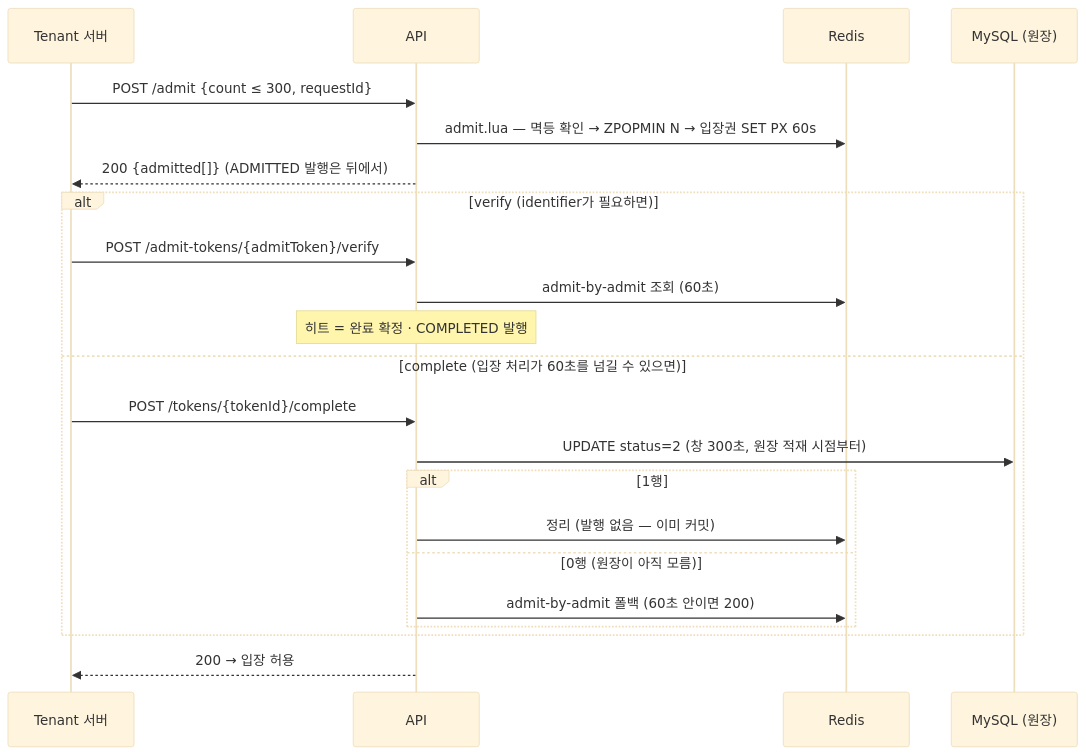
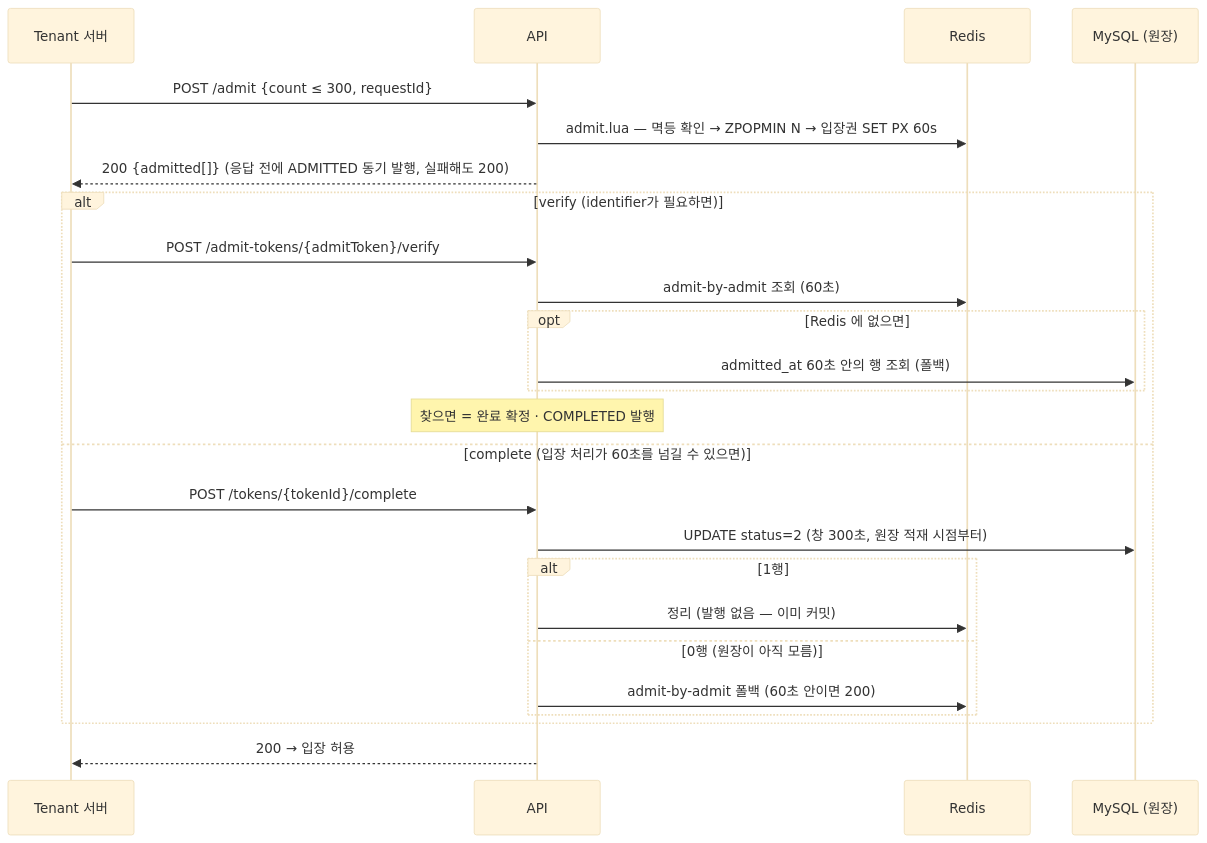
Before and after one commit to S-Onix/queue-platform: the fourth of 6 diagrams in doc/FLOW.md, drawn with Mermaid (base theme). The commit also changed other lines of this file and 19 other files, not shown here.

````diff
--- a/doc/FLOW.md
+++ b/doc/FLOW.md
@@ -102,26 +102,29 @@
 ```mermaid
 sequenceDiagram
     participant T as Tenant 서버
     participant A as API
     participant R as Redis
     participant M as MySQL (원장)
 
     T->>A: POST /admit {count ≤ 300, requestId}
     A->>R: admit.lua — 멱등 확인 → ZPOPMIN N → 입장권 SET PX 60s
-    A-->>T: 200 {admitted[]} (ADMITTED 발행은 뒤에서)
+    A-->>T: 200 {admitted[]} (응답 전에 ADMITTED 동기 발행, 실패해도 200)
 
     alt verify (identifier가 필요하면)
         T->>A: POST /admit-tokens/{admitToken}/verify
         A->>R: admit-by-admit 조회 (60초)
-        Note over A: 히트 = 완료 확정 · COMPLETED 발행
+        opt Redis 에 없으면
+            A->>M: admitted_at 60초 안의 행 조회 (폴백)
+        end
+        Note over A: 찾으면 = 완료 확정 · COMPLETED 발행
     else complete (입장 처리가 60초를 넘길 수 있으면)
         T->>A: POST /tokens/{tokenId}/complete
         A->>M: UPDATE status=2 (창 300초, 원장 적재 시점부터)
         alt 1행
             A->>R: 정리 (발행 없음 — 이미 커밋)
         else 0행 (원장이 아직 모름)
             A->>R: admit-by-admit 폴백 (60초 안이면 200)
         end
     end
     A-->>T: 200 → 입장 허용
 ```
````
